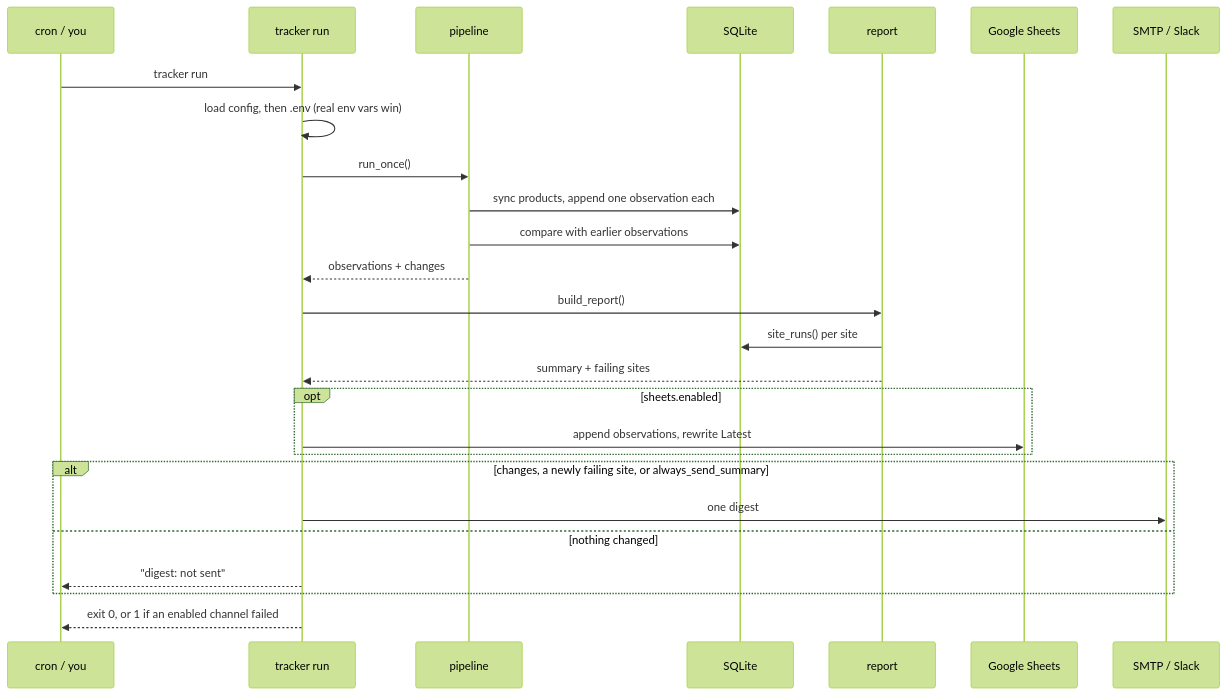
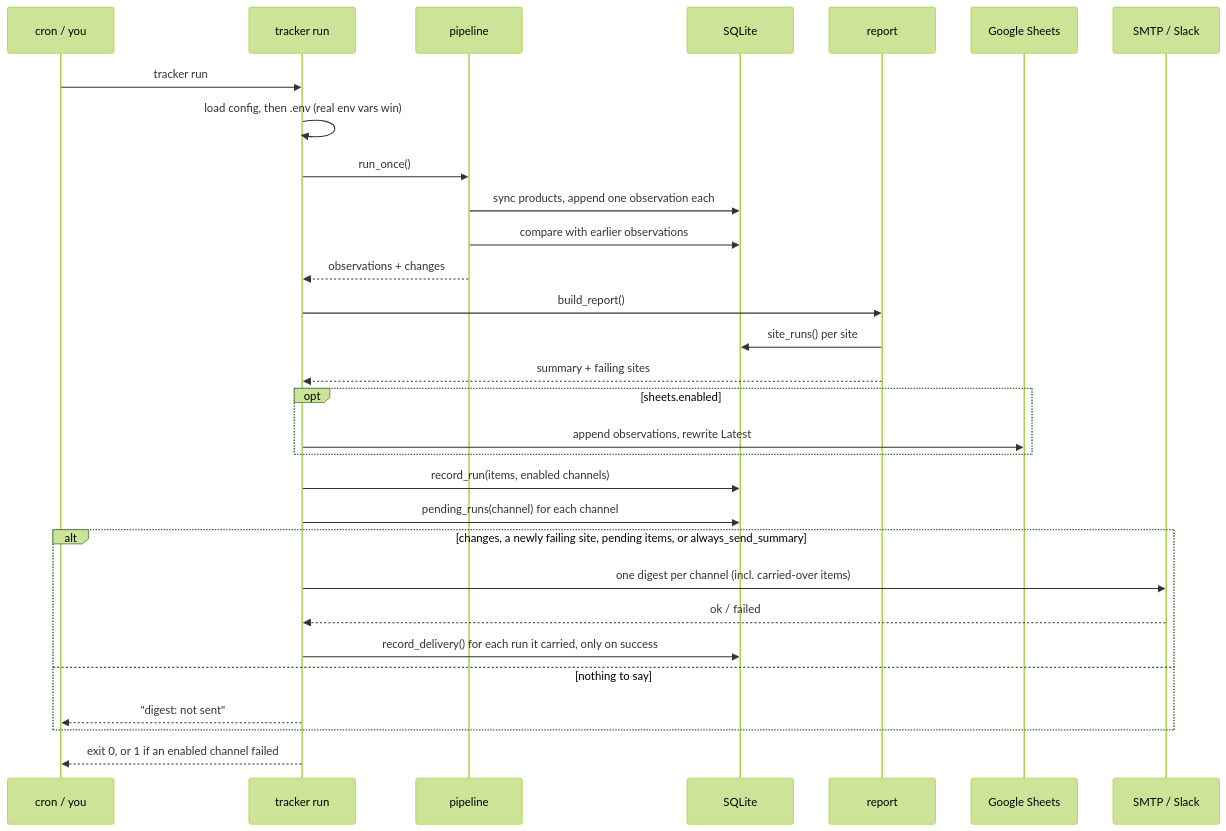
One commit to yahani/kestrel changed the eighth of 10 diagrams in ARCHITECTURE.md. Above: the diagram before and after it, drawn with Mermaid (forest theme). The commit also changed other lines of this file and 1 other file, not shown here.

Commit message:
Document runs/deliveries carry-over, float exception and Latest limitation

````diff
--- a/ARCHITECTURE.md
+++ b/ARCHITECTURE.md
@@ -260,29 +278,33 @@
 ```mermaid
 sequenceDiagram
     participant Cron as cron / you
     participant CLI as tracker run
     participant P as pipeline
     participant DB as SQLite
     participant R as report
     participant G as Google Sheets
     participant M as SMTP / Slack
 
     Cron->>CLI: tracker run
     CLI->>CLI: load config, then .env (real env vars win)
     CLI->>P: run_once()
     P->>DB: sync products, append one observation each
     P->>DB: compare with earlier observations
     P-->>CLI: observations + changes
     CLI->>R: build_report()
     R->>DB: site_runs() per site
     R-->>CLI: summary + failing sites
     opt sheets.enabled
         CLI->>G: append observations, rewrite Latest
     end
-    alt changes, a newly failing site, or always_send_summary
-        CLI->>M: one digest
-    else nothing changed
+    CLI->>DB: record_run(items, enabled channels)
+    CLI->>DB: pending_runs(channel) for each channel
+    alt changes, a newly failing site, pending items, or always_send_summary
+        CLI->>M: one digest per channel (incl. carried-over items)
+        M-->>CLI: ok / failed
+        CLI->>DB: record_delivery() for each run it carried, only on success
+    else nothing to say
         CLI-->>Cron: "digest: not sent"
     end
     CLI-->>Cron: exit 0, or 1 if an enabled channel failed
 ```
````
